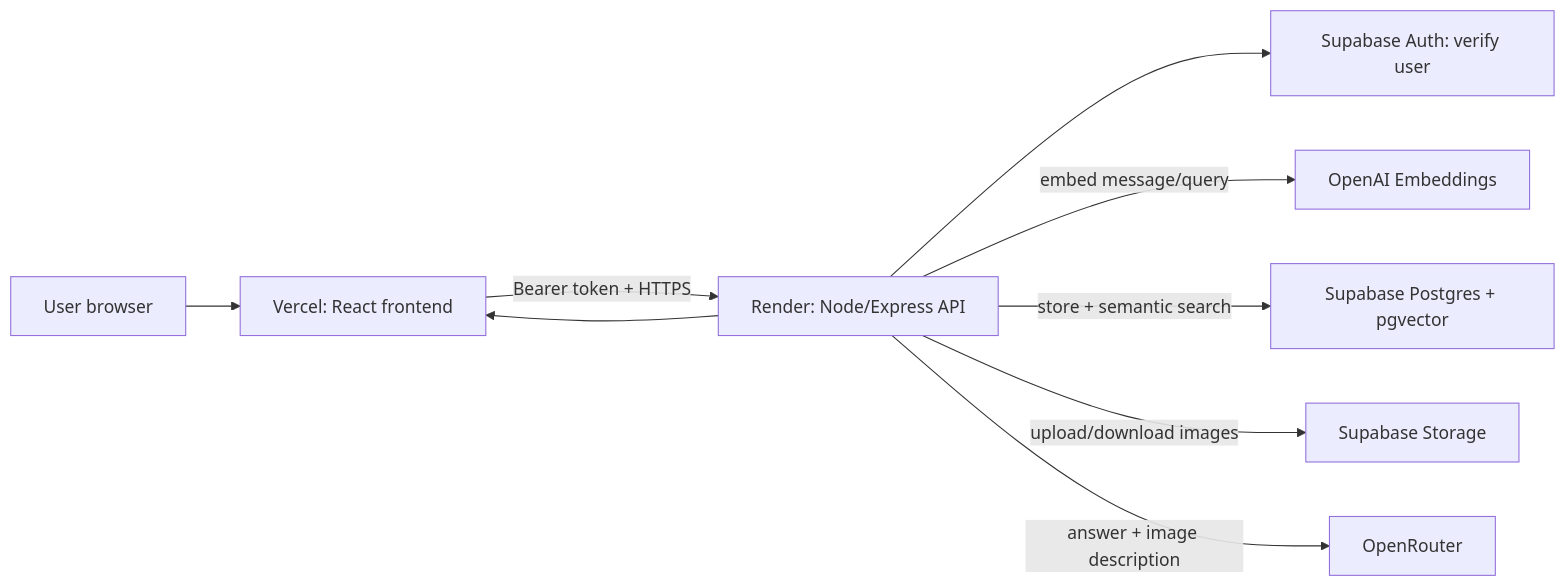
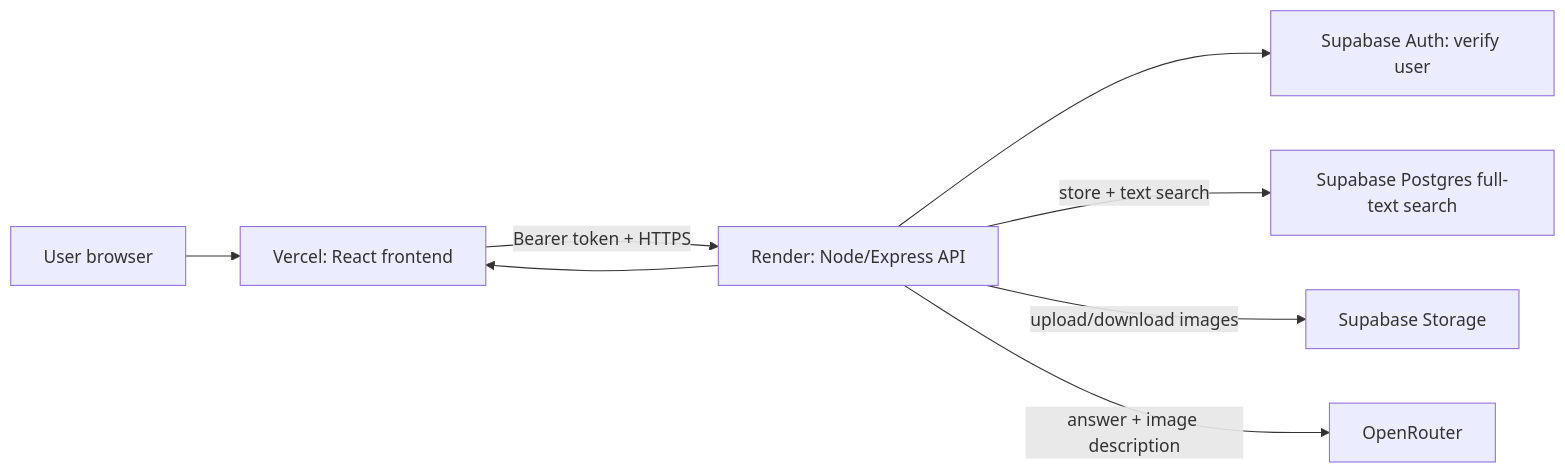
Before and after one commit to Brain-Hop/Brain-Hop-API: the diagram in README.md, drawn with Mermaid. The commit also changed other lines of this file and 7 other files, not shown here.

Commit message:
Use free text search for chat memory

````diff
--- a/README.md
+++ b/README.md
@@ -18,11 +17,10 @@
 ```mermaid
 flowchart LR
   U["User browser"] --> V["Vercel: React frontend"]
   V -->|"Bearer token + HTTPS"| A["Render: Node/Express API"]
   A --> AUTH["Supabase Auth: verify user"]
-  A -->|"embed message/query"| E["OpenAI Embeddings"]
-  A -->|"store + semantic search"| DB["Supabase Postgres + pgvector"]
+  A -->|"store + text search"| DB["Supabase Postgres full-text search"]
   A -->|"upload/download images"| S["Supabase Storage"]
   A -->|"answer + image description"| L["OpenRouter"]
   A --> V
 ```
````
